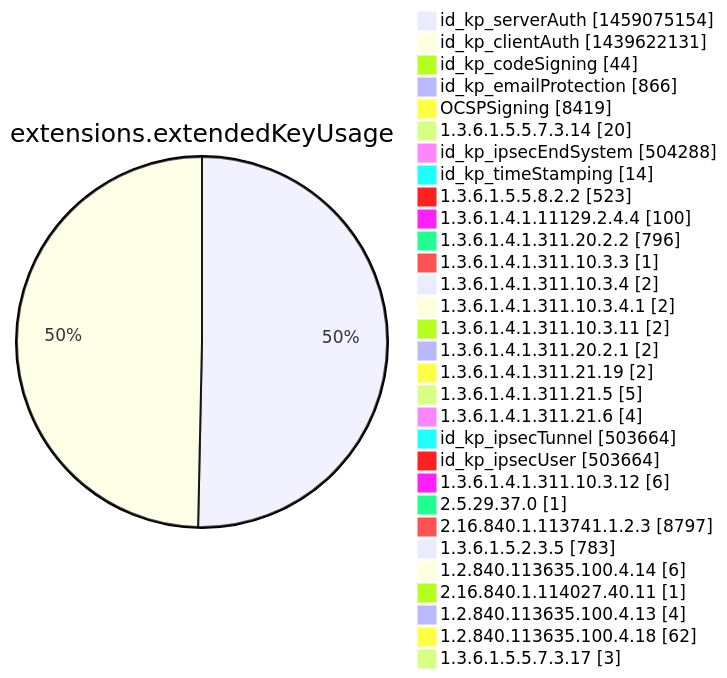
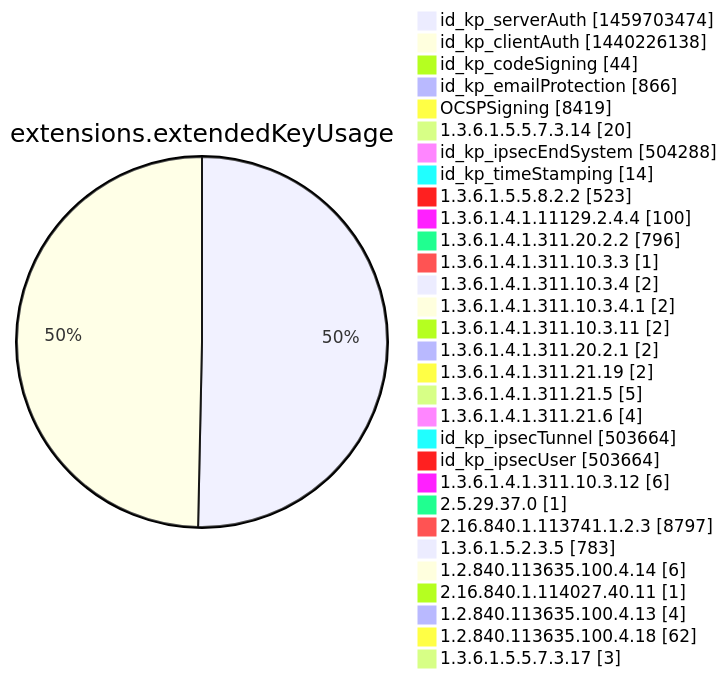
Before and after one commit to christiankrug/ctmonitor_visualization: diagram 12 of 15 in argon2022/README.md, drawn with Mermaid. The commit also changed other lines of this file, not shown here.

````diff
--- a/argon2022/README.md
+++ b/argon2022/README.md
@@ -3555,34 +3555,34 @@
 ```mermaid
 pie showData
 title extensions.extendedKeyUsage
-"id_kp_serverAuth" :1459075154
-"id_kp_clientAuth" :1439622131
+"id_kp_serverAuth" :1459703474
+"id_kp_clientAuth" :1440226138
 "id_kp_codeSigning" :44
 "id_kp_emailProtection" :866
 "OCSPSigning" :8419
 "1.3.6.1.5.5.7.3.14" :20
 "id_kp_ipsecEndSystem" :504288
 "id_kp_timeStamping" :14
 "1.3.6.1.5.5.8.2.2" :523
 "1.3.6.1.4.1.11129.2.4.4" :100
 "1.3.6.1.4.1.311.20.2.2" :796
 "1.3.6.1.4.1.311.10.3.3" :1
 "1.3.6.1.4.1.311.10.3.4" :2
 "1.3.6.1.4.1.311.10.3.4.1" :2
 "1.3.6.1.4.1.311.10.3.11" :2
 "1.3.6.1.4.1.311.20.2.1" :2
 "1.3.6.1.4.1.311.21.19" :2
 "1.3.6.1.4.1.311.21.5" :5
 "1.3.6.1.4.1.311.21.6" :4
 "id_kp_ipsecTunnel" :503664
 "id_kp_ipsecUser" :503664
 "1.3.6.1.4.1.311.10.3.12" :6
 "2.5.29.37.0" :1
 "2.16.840.1.113741.1.2.3" :8797
 "1.3.6.1.5.2.3.5" :783
 "1.2.840.113635.100.4.14" :6
 "2.16.840.1.114027.40.11" :1
 "1.2.840.113635.100.4.13" :4
 "1.2.840.113635.100.4.18" :62
 "1.3.6.1.5.5.7.3.17" :3
 ```
````
